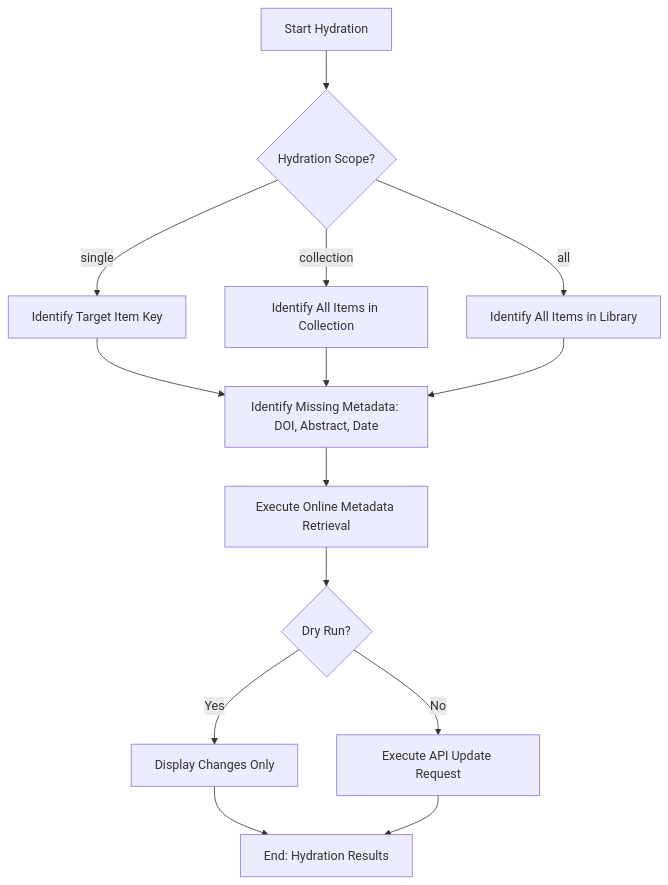
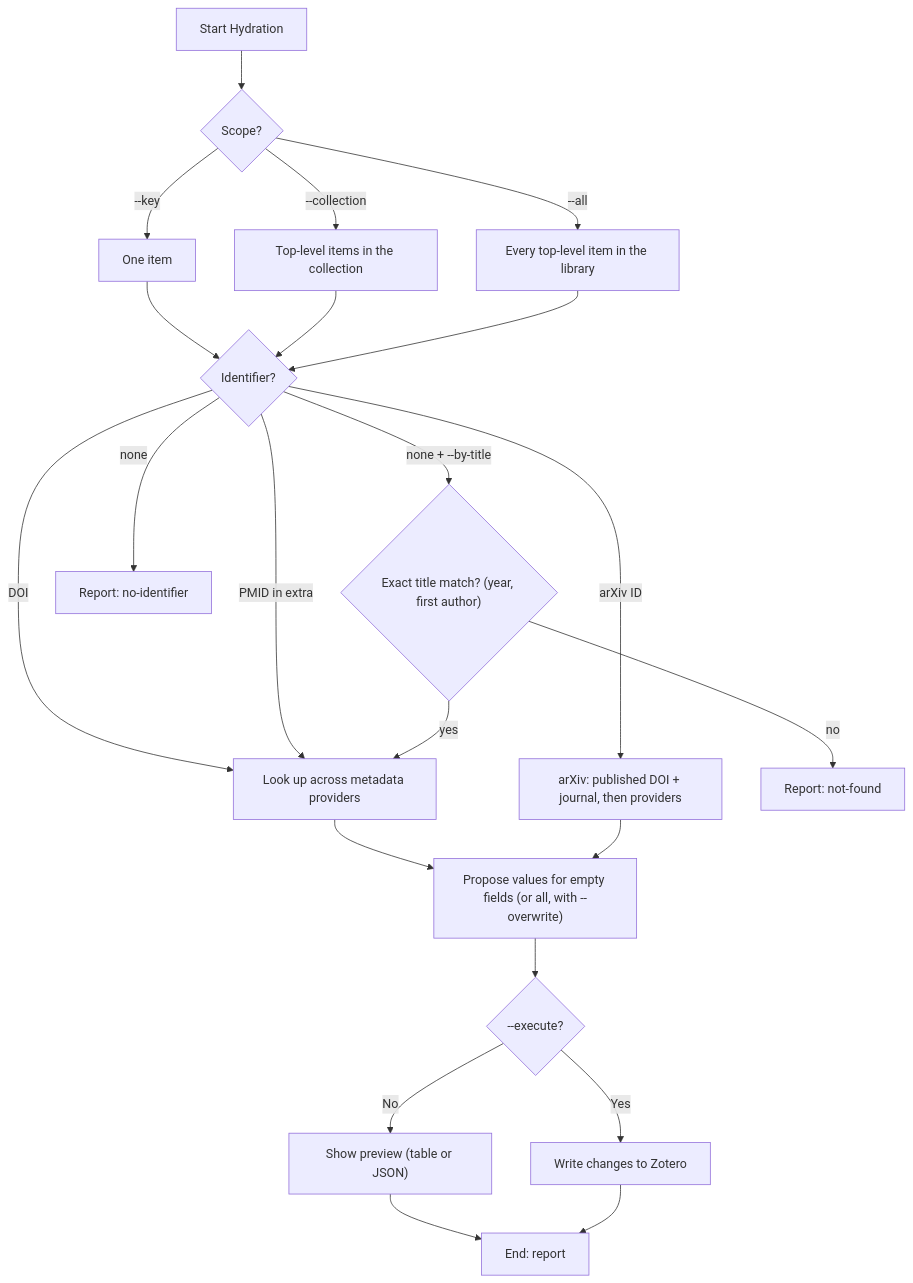
The diagram in docs/help_specs/item_hydrate.md (fchicout/zotero-cli), drawn with Mermaid before and after one commit. The commit also changed other lines of this file and 12 other files, not shown here.

First line of the commit message:
feat(item): hydrate any item with a DOI, arXiv ID or PMID; preview by default (Issue #344) (#362)

````diff
--- a/docs/help_specs/item_hydrate.md
+++ b/docs/help_specs/item_hydrate.md
@@ -8,16 +8,24 @@
 ```mermaid
 graph TD
-    A["Start Hydration"] --> B{"Hydration Scope?"}
-    B -- "single" --> C["Identify Target Item Key"]
-    B -- "collection" --> D["Identify All Items in Collection"]
-    B -- "all" --> E["Identify All Items in Library"]
-    C --> F["Identify Missing Metadata: DOI, Abstract, Date"]
+    A["Start Hydration"] --> B{"Scope?"}
+    B -- "--key" --> C["One item"]
+    B -- "--collection" --> D["Top-level items in the collection"]
+    B -- "--all" --> E["Every top-level item in the library"]
+    C --> F{"Identifier?"}
     D --> F
     E --> F
-    F --> G["Execute Online Metadata Retrieval"]
-    G --> H{"Dry Run?"}
-    H -- "Yes" --> I["Display Changes Only"]
-    H -- "No" --> J["Execute API Update Request"]
-    I --> K["End: Hydration Results"]
-    J --> K
+    F -- "DOI" --> G["Look up across metadata providers"]
+    F -- "arXiv ID" --> H["arXiv: published DOI + journal, then providers"]
+    F -- "PMID in extra" --> G
+    F -- "none + --by-title" --> I{"Exact title match? (year, first author)"}
+    F -- "none" --> X["Report: no-identifier"]
+    I -- "yes" --> G
+    I -- "no" --> Y["Report: not-found"]
+    G --> J["Propose values for empty fields (or all, with --overwrite)"]
+    H --> J
+    J --> K{"--execute?"}
+    K -- "No" --> L["Show preview (table or JSON)"]
+    K -- "Yes" --> M["Write changes to Zotero"]
+    L --> N["End: report"]
+    M --> N
 ```
````
